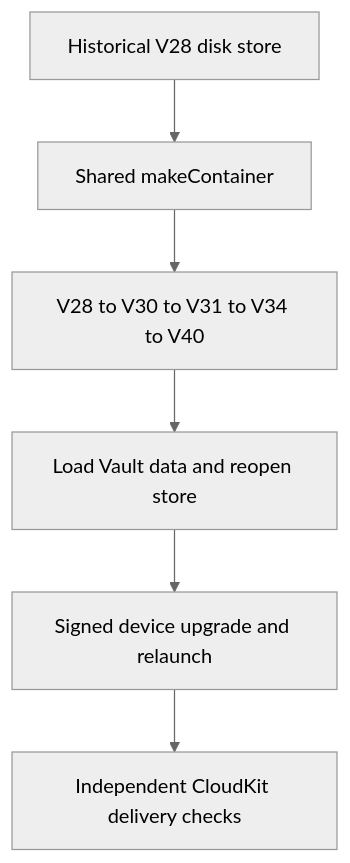
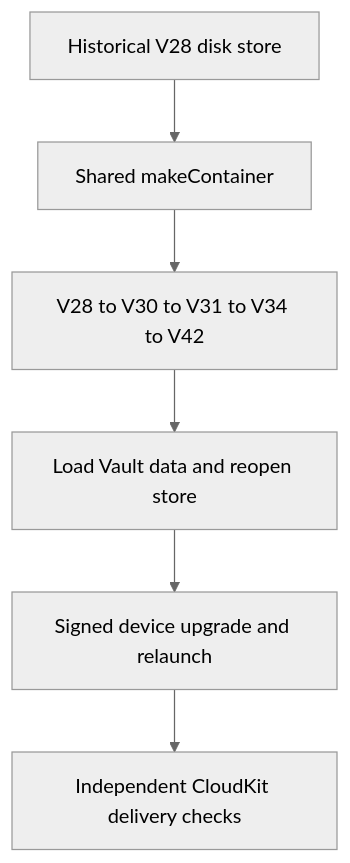
The first of 2 diagrams in openwiki/operations/cloudkit-release-readiness.md (AkinoKaede/Termind), drawn with Mermaid (neutral theme) before and after one commit. The commit also changed other lines of this file and 56 other files, not shown here.

````diff
--- a/openwiki/operations/cloudkit-release-readiness.md
+++ b/openwiki/operations/cloudkit-release-readiness.md
@@ -162,8 +165,8 @@
 ```mermaid
 flowchart TD
     Fixture["Historical V28 disk store"] --> Factory["Shared makeContainer"]
-    Factory --> Local["V28 to V30 to V31 to V34 to V40"]
+    Factory --> Local["V28 to V30 to V31 to V34 to V42"]
     Local --> Verify["Load Vault data and reopen store"]
     Verify --> Device["Signed device upgrade and relaunch"]
     Device --> Cloud["Independent CloudKit delivery checks"]
 ```
````
